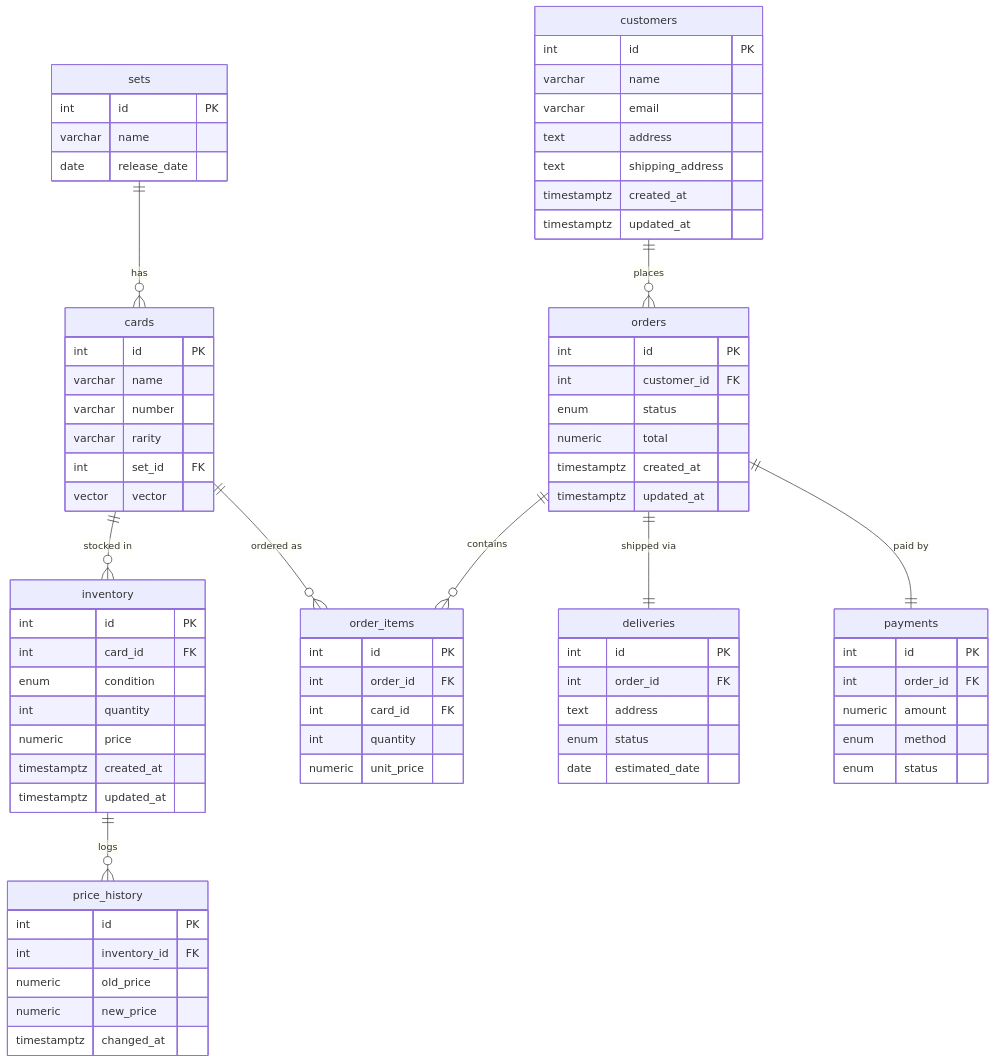
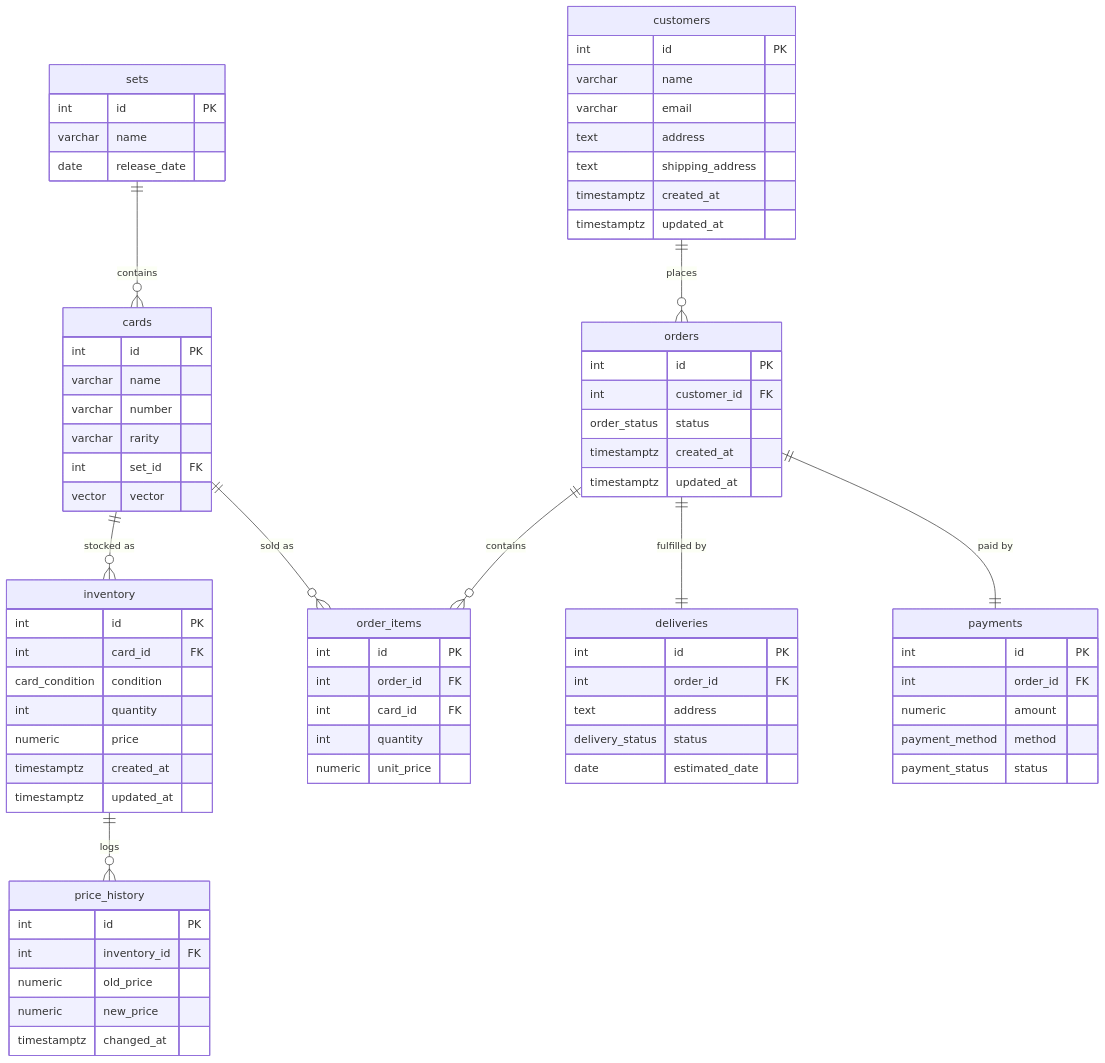
One commit to JJotace/JJotace.github.io changed the diagram in documents/03_Project_overview/302_architecture_design.md. Above: the diagram before and after it, drawn with Mermaid. The commit also changed other lines of this file and 7 other files, not shown here.

Commit message:
3NF fix, added import cards script for embedding generation, tested vector search, documented pgvector vs like comparison and overall fixed documentation a bit

````diff
--- a/documents/03_Project_overview/302_architecture_design.md
+++ b/documents/03_Project_overview/302_architecture_design.md
@@ -135,79 +135,86 @@
 ```mermaid
 erDiagram
-  sets ||--o{ cards : "has"
-  cards ||--o{ inventory : "stocked in"
-  cards ||--o{ order_items : "ordered as"
-  inventory ||--o{ price_history : "logs"
-  customers ||--o{ orders : "places"
-  orders ||--o{ order_items : "contains"
-  orders ||--|| deliveries : "shipped via"
-  orders ||--|| payments : "paid by"
+    sets {
+        int id PK
+        varchar name
+        date release_date
+    }
 
-  sets {
-    int id PK
-    varchar name
-    date release_date
-  }
-  cards {
-    int id PK
-    varchar name
-    varchar number
-    varchar rarity
-    int set_id FK
-    vector vector
-  }
-  customers {
-    int id PK
-    varchar name
-    varchar email
-    text address
-    text shipping_address
-    timestamptz created_at
-    timestamptz updated_at
-  }
-  inventory {
-    int id PK
-    int card_id FK
-    enum condition
-    int quantity
-    numeric price
-    timestamptz created_at
-    timestamptz updated_at
-  }
-  price_history {
-    int id PK
-    int inventory_id FK
-    numeric old_price
-    numeric new_price
-    timestamptz changed_at
-  }
-  orders {
-    int id PK
-    int customer_id FK
-    enum status
-    numeric total
-    timestamptz created_at
-    timestamptz updated_at
-  }
-  order_items {
-    int id PK
-    int order_id FK
-    int card_id FK
-    int quantity
-    numeric unit_price
-  }
-  deliveries {
-    int id PK
-    int order_id FK
-    text address
-    enum status
-    date estimated_date
-  }
-  payments {
-    int id PK
-    int order_id FK
-    numeric amount
-    enum method
-    enum status
-  }
+    cards {
+        int id PK
+        varchar name
+        varchar number
+        varchar rarity
+        int set_id FK
+        vector vector
+    }
+
+    customers {
+        int id PK
+        varchar name
+        varchar email
+        text address
+        text shipping_address
+        timestamptz created_at
+        timestamptz updated_at
+    }
+
+    inventory {
+        int id PK
+        int card_id FK
+        card_condition condition
+        int quantity
+        numeric price
+        timestamptz created_at
+        timestamptz updated_at
+    }
+
+    price_history {
+        int id PK
+        int inventory_id FK
+        numeric old_price
+        numeric new_price
+        timestamptz changed_at
+    }
+
+    orders {
+        int id PK
+        int customer_id FK
+        order_status status
+        timestamptz created_at
+        timestamptz updated_at
+    }
+
+    order_items {
+        int id PK
+        int order_id FK
+        int card_id FK
+        int quantity
+        numeric unit_price
+    }
+
+    deliveries {
+        int id PK
+        int order_id FK
+        text address
+        delivery_status status
+        date estimated_date
+    }
+
+    payments {
+        int id PK
+        int order_id FK
+        numeric amount
+        payment_method method
+        payment_status status
+    }
+
+    sets ||--o{ cards : "contains"
+    cards ||--o{ inventory : "stocked as"
+    cards ||--o{ order_items : "sold as"
+    inventory ||--o{ price_history : "logs"
+    customers ||--o{ orders : "places"
+    orders ||--o{ order_items : "contains"
+    orders ||--|| deliveries : "fulfilled by"
+    orders ||--|| payments : "paid by"
 ```
````
